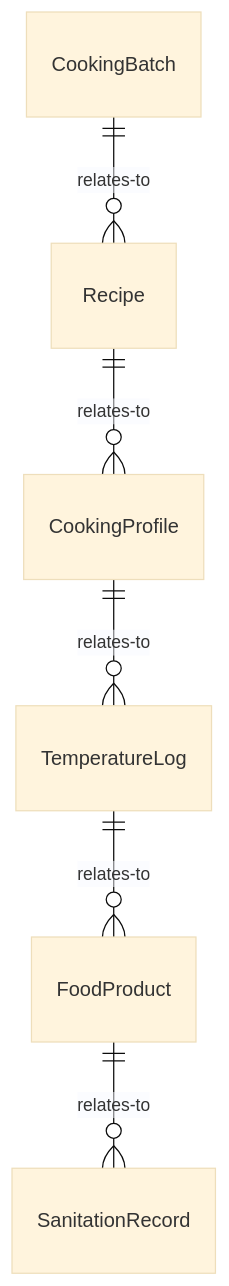
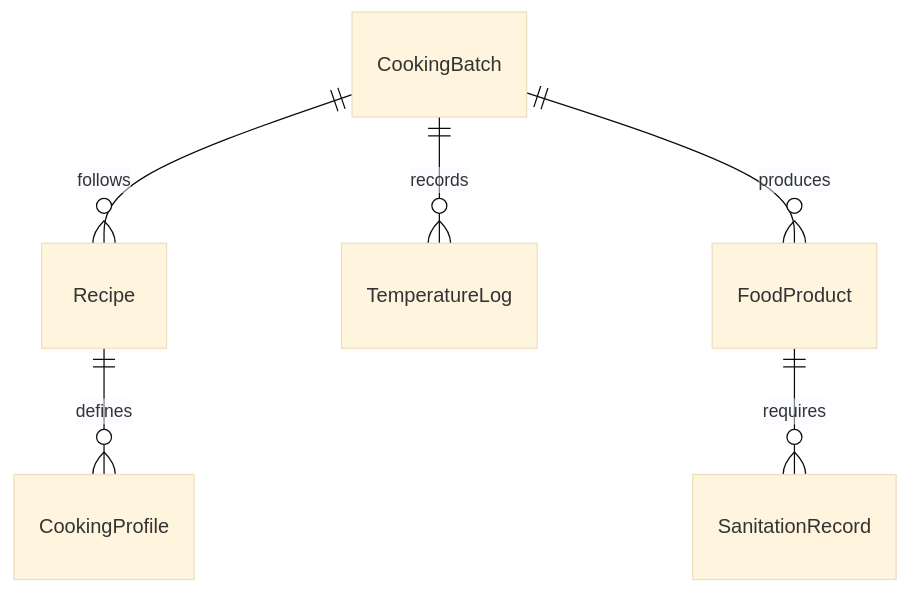
The first of 4 diagrams in ControllingMachinesAndProcesses/OperateIndustrialProcessingOrProductionEquipment/OperateCookingBakingFoodPreparation.mdx (dot-org-ai/tasks.org.ai), drawn with Mermaid (base theme) before and after one commit. The commit also changed other lines of this file and 515 other files, not shown here.

````diff
--- a/ControllingMachinesAndProcesses/OperateIndustrialProcessingOrProductionEquipment/OperateCookingBakingFoodPreparation.mdx
+++ b/ControllingMachinesAndProcesses/OperateIndustrialProcessingOrProductionEquipment/OperateCookingBakingFoodPreparation.mdx
@@ -88,8 +88,8 @@
 ```mermaid
 erDiagram
-    CookingBatch ||--o{ Recipe : relates-to
-    Recipe ||--o{ CookingProfile : relates-to
-    CookingProfile ||--o{ TemperatureLog : relates-to
-    TemperatureLog ||--o{ FoodProduct : relates-to
-    FoodProduct ||--o{ SanitationRecord : relates-to
+    CookingBatch ||--o{ Recipe : follows
+    Recipe ||--o{ CookingProfile : defines
+    CookingBatch ||--o{ TemperatureLog : records
+    CookingBatch ||--o{ FoodProduct : produces
+    FoodProduct ||--o{ SanitationRecord : requires
 ```
````
